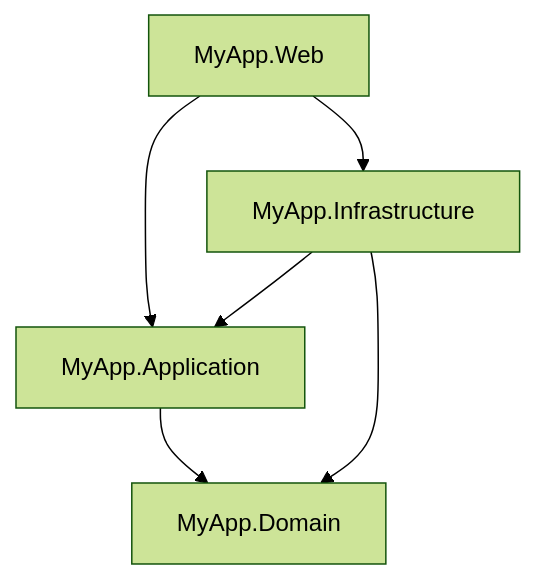
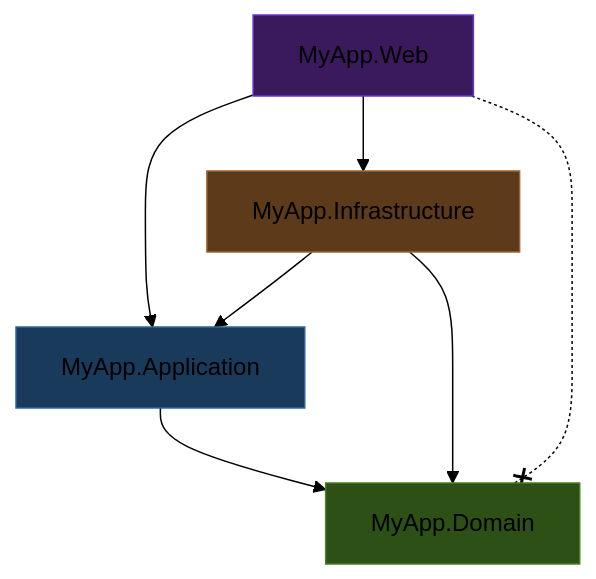
One commit to Webhooks-Ltd/dotnet-patterns changed the diagram in patterns/STR003 - full-clean-architecture.md. Above: the diagram before and after it, drawn with Mermaid (forest theme). The commit also changed other lines of this file and 10 other files, not shown here.

````diff
--- a/patterns/STR003 - full-clean-architecture.md
+++ b/patterns/STR003 - full-clean-architecture.md
@@ -138,8 +145,13 @@
 ```mermaid
 graph TD
     Web[MyApp.Web] --> Application[MyApp.Application]
     Web --> Infrastructure[MyApp.Infrastructure]
     Application --> Domain[MyApp.Domain]
     Infrastructure --> Application
     Infrastructure --> Domain
+    Web -.-x Domain
+    style Domain fill:#2d5016,stroke:#4a7c23
+    style Application fill:#1a3a5c,stroke:#2e6699
+    style Infrastructure fill:#5c3a1a,stroke:#996633
+    style Web fill:#3a1a5c,stroke:#6633cc
 ```
````
